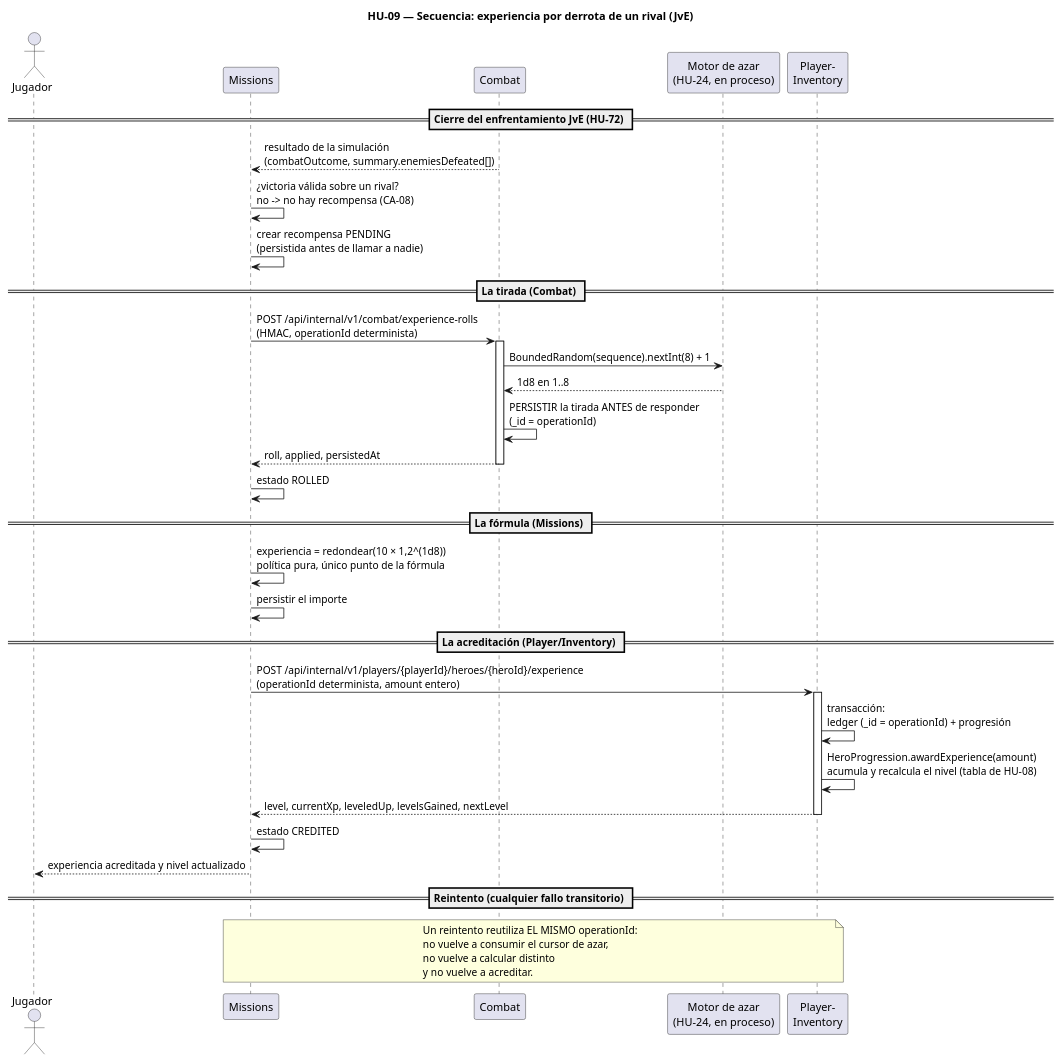
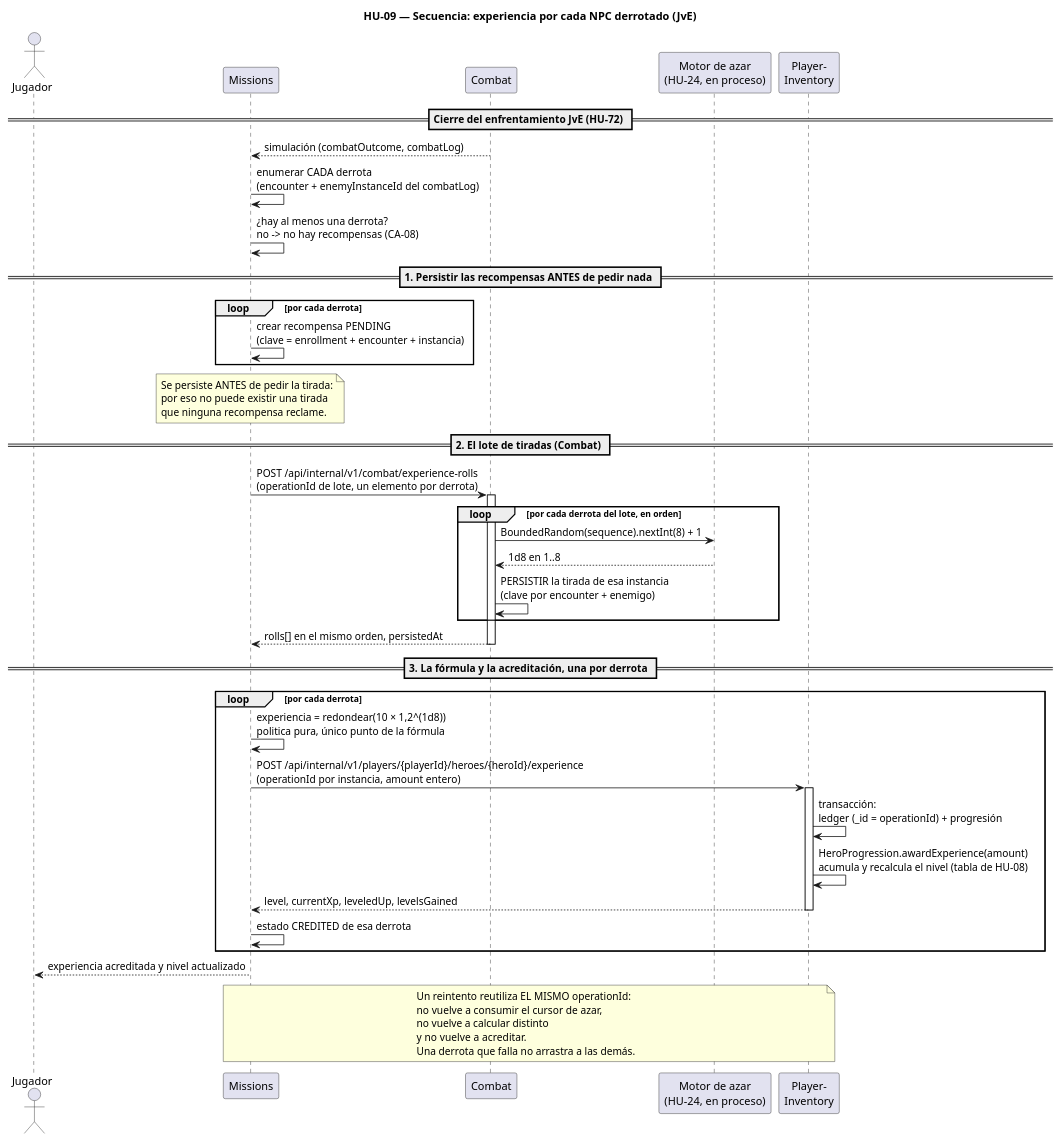
Before and after one commit to Nexus-Battle-VI/Nexus-Battle-Infrastructure: the diagram in docs/diagrams/hu-09-sequence.puml, drawn with PlantUML. The commit also changed 7 other files, not shown here.

```diff
--- a/docs/diagrams/hu-09-sequence.puml
+++ b/docs/diagrams/hu-09-sequence.puml
@@ -1,46 +1,57 @@
 @startuml hu-09-sequence
-title HU-09 — Secuencia: experiencia por derrota de un rival (JvE)
+title HU-09 — Secuencia: experiencia por cada NPC derrotado (JvE)
 
 actor Jugador
 participant "Missions" as Missions
 participant "Combat" as Combat
 participant "Motor de azar\n(HU-24, en proceso)" as RNG
 participant "Player-\nInventory" as Inventory
 
 == Cierre del enfrentamiento JvE (HU-72) ==
-Combat --> Missions : resultado de la simulación\n(combatOutcome, summary.enemiesDefeated[])
-Missions -> Missions : ¿victoria válida sobre un rival?\nno -> no hay recompensa (CA-08)
-Missions -> Missions : crear recompensa PENDING\n(persistida antes de llamar a nadie)
+Combat --> Missions : simulación (combatOutcome, combatLog)
+Missions -> Missions : enumerar CADA derrota\n(encounter + enemyInstanceId del combatLog)
+Missions -> Missions : ¿hay al menos una derrota?\nno -> no hay recompensas (CA-08)
 
-== La tirada (Combat) ==
-Missions -> Combat : POST /api/internal/v1/combat/experience-rolls\n(HMAC, operationId determinista)
+== 1. Persistir las recompensas ANTES de pedir nada ==
+loop por cada derrota
+  Missions -> Missions : crear recompensa PENDING\n(clave = enrollment + encounter + instancia)
+end
+note over Missions
+  Se persiste ANTES de pedir la tirada:
+  por eso no puede existir una tirada
+  que ninguna recompensa reclame.
+end note
+
+== 2. El lote de tiradas (Combat) ==
+Missions -> Combat : POST /api/internal/v1/combat/experience-rolls\n(operationId de lote, un elemento por derrota)
 activate Combat
-Combat -> RNG : BoundedRandom(sequence).nextInt(8) + 1
-RNG --> Combat : 1d8 en 1..8
-Combat -> Combat : PERSISTIR la tirada ANTES de responder\n(_id = operationId)
-Combat --> Missions : roll, applied, persistedAt
+loop por cada derrota del lote, en orden
+  Combat -> RNG : BoundedRandom(sequence).nextInt(8) + 1
+  RNG --> Combat : 1d8 en 1..8
+  Combat -> Combat : PERSISTIR la tirada de esa instancia\n(clave por encounter + enemigo)
+end
+Combat --> Missions : rolls[] en el mismo orden, persistedAt
 deactivate Combat
-Missions -> Missions : estado ROLLED
 
-== La fórmula (Missions) ==
-Missions -> Missions : experiencia = redondear(10 × 1,2^(1d8))\npolítica pura, único punto de la fórmula
-Missions -> Missions : persistir el importe
+== 3. La fórmula y la acreditación, una por derrota ==
+loop por cada derrota
+  Missions -> Missions : experiencia = redondear(10 × 1,2^(1d8))\npolitica pura, único punto de la fórmula
+  Missions -> Inventory : POST /api/internal/v1/players/{playerId}/heroes/{heroId}/experience\n(operationId por instancia, amount entero)
+  activate Inventory
+  Inventory -> Inventory : transacción:\nledger (_id = operationId) + progresión
+  Inventory -> Inventory : HeroProgression.awardExperience(amount)\nacumula y recalcula el nivel (tabla de HU-08)
+  Inventory --> Missions : level, currentXp, leveledUp, levelsGained
+  deactivate Inventory
+  Missions -> Missions : estado CREDITED de esa derrota
+end
 
-== La acreditación (Player/Inventory) ==
-Missions -> Inventory : POST /api/internal/v1/players/{playerId}/heroes/{heroId}/experience\n(operationId determinista, amount entero)
-activate Inventory
-Inventory -> Inventory : transacción:\nledger (_id = operationId) + progresión
-Inventory -> Inventory : HeroProgression.awardExperience(amount)\nacumula y recalcula el nivel (tabla de HU-08)
-Inventory --> Missions : level, currentXp, leveledUp, levelsGained, nextLevel
-deactivate Inventory
-Missions -> Missions : estado CREDITED
 Missions --> Jugador : experiencia acreditada y nivel actualizado
 
-== Reintento (cualquier fallo transitorio) ==
 note over Missions, Inventory
   Un reintento reutiliza EL MISMO operationId:
   no vuelve a consumir el cursor de azar,
   no vuelve a calcular distinto
   y no vuelve a acreditar.
+  Una derrota que falla no arrastra a las demás.
 end note
 @enduml
```
